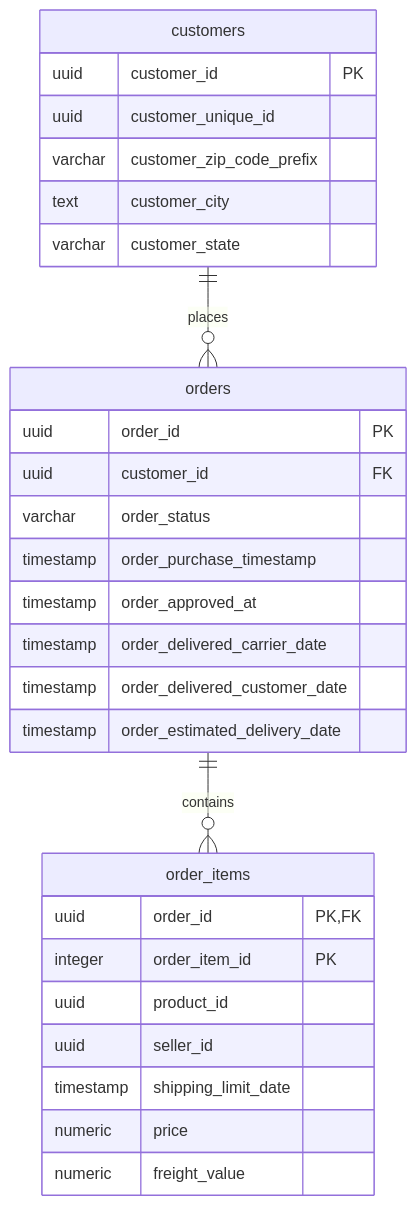
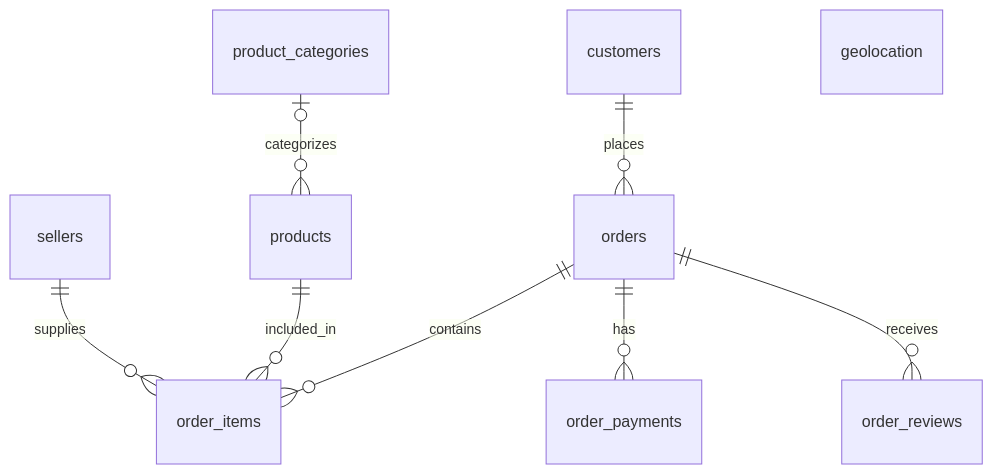
The diagram in docs/er-diagram.md (Issarat/csv-etl-pipeline), drawn with Mermaid before and after one commit. The commit also changed other lines of this file and 1 other file, not shown here.

Commit message:
update : docs: update README and ER diagram for all 9 datasets

````diff
--- a/docs/er-diagram.md
+++ b/docs/er-diagram.md
@@ -8,34 +20,11 @@
 ```mermaid
 erDiagram
     customers ||--o{ orders : places
     orders ||--o{ order_items : contains
-
-    customers {
-        uuid customer_id PK
-        uuid customer_unique_id
-        varchar customer_zip_code_prefix
-        text customer_city
-        varchar customer_state
-    }
-
-    orders {
-        uuid order_id PK
-        uuid customer_id FK
-        varchar order_status
-        timestamp order_purchase_timestamp
-        timestamp order_approved_at
-        timestamp order_delivered_carrier_date
-        timestamp order_delivered_customer_date
-        timestamp order_estimated_delivery_date
-    }
-
-    order_items {
-        uuid order_id PK, FK
-        integer order_item_id PK
-        uuid product_id
-        uuid seller_id
-        timestamp shipping_limit_date
-        numeric price
-        numeric freight_value
-    }
+    orders ||--o{ order_payments : has
+    orders ||--o{ order_reviews : receives
+    products ||--o{ order_items : included_in
+    sellers ||--o{ order_items : supplies
+    product_categories o|--o{ products : categorizes
+    geolocation
 ```
````
